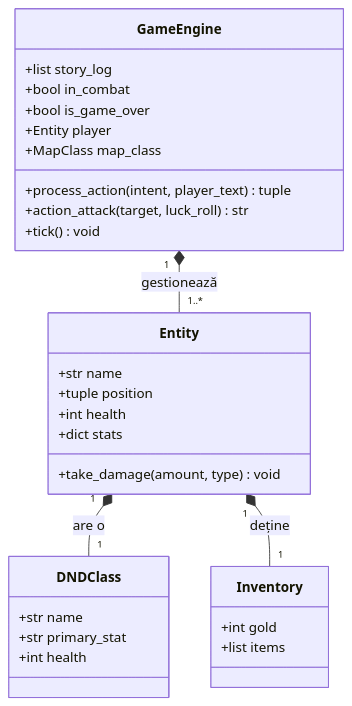
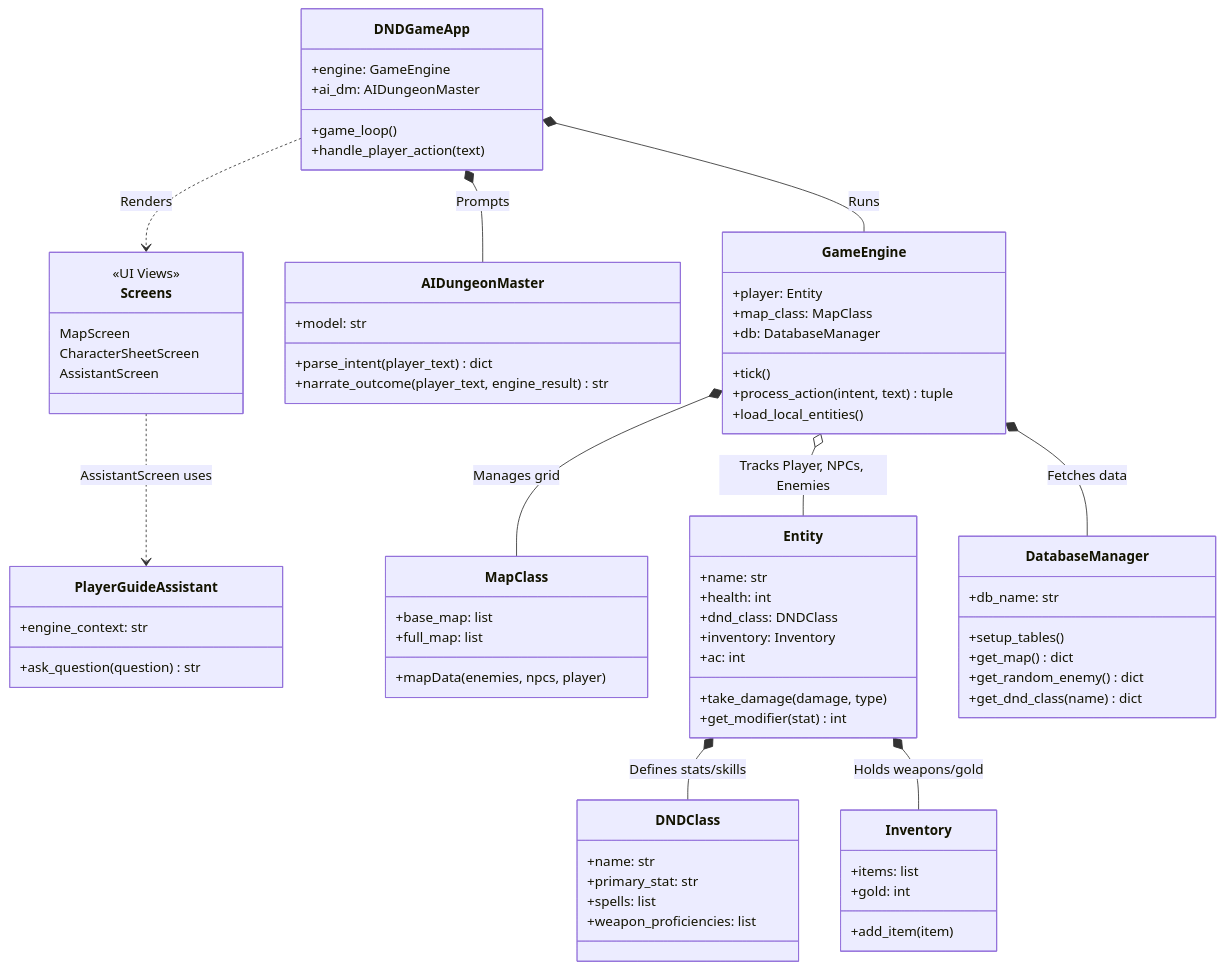
One commit to Mach3tryhard/AI-Dungeon-Master changed the second of 3 diagrams in README.md. Above: the diagram before and after it, drawn with Mermaid. The commit also changed other lines of this file, not shown here.

Commit message:
Diagrame editate sa fie corect

````diff
--- a/README.md
+++ b/README.md
@@ -74,36 +77,86 @@
 ```mermaid
 classDiagram
-class GameEngine {
-+list story_log
-+bool in_combat
-+bool is_game_over
-+Entity player
-+MapClass map_class
-+process_action(intent, player_text) tuple
-+action_attack(target, luck_roll) str
-+tick() void
-}
+    class DNDGameApp {
+        +engine: GameEngine
+        +ai_dm: AIDungeonMaster
+        +game_loop()
+        +handle_player_action(text)
+    }
 
-class Entity {
-    +str name
-    +tuple position
-    +int health
-    +dict stats
-    +take_damage(amount, type) void
-}
+    class Screens {
+        <<UI Views>>
+        MapScreen
+        CharacterSheetScreen
+        AssistantScreen
+    }
 
-class DNDClass {
-    +str name
-    +str primary_stat
-    +int health
-}
+    class AIDungeonMaster {
+        +model: str
+        +parse_intent(player_text) dict
+        +narrate_outcome(player_text, engine_result) str
+    }
 
-class Inventory {
-    +int gold
-    +list items
-}
+    class PlayerGuideAssistant {
+        +engine_context: str
+        +ask_question(question) str
+    }
 
-GameEngine "1" *-- "1..*" Entity : gestionează
-Entity "1" *-- "1" DNDClass : are o
-Entity "1" *-- "1" Inventory : deține
+    class GameEngine {
+        +player: Entity
+        +map_class: MapClass
+        +db: DatabaseManager
+        +tick()
+        +process_action(intent, text) tuple
+        +load_local_entities()
+    }
+
+    class MapClass {
+        +base_map: list
+        +full_map: list
+        +mapData(enemies, npcs, player)
+    }
+
+    class Entity {
+        +name: str
+        +health: int
+        +dnd_class: DNDClass
+        +inventory: Inventory
+        +ac: int
+        +take_damage(damage, type)
+        +get_modifier(stat) int
+    }
+
+    class DNDClass {
+        +name: str
+        +primary_stat: str
+        +spells: list
+        +weapon_proficiencies: list
+    }
+
+    class Inventory {
+        +items: list
+        +gold: int
+        +add_item(item)
+    }
+
+    class DatabaseManager {
+        +db_name: str
+        +setup_tables()
+        +get_map() dict
+        +get_random_enemy() dict
+        +get_dnd_class(name) dict
+    }
+
+    DNDGameApp *-- GameEngine : Runs
+    DNDGameApp *-- AIDungeonMaster : Prompts
+    DNDGameApp ..> Screens : Renders
+
+    Screens ..> PlayerGuideAssistant : AssistantScreen uses
+
+    GameEngine *-- DatabaseManager : Fetches data
+    GameEngine *-- MapClass : Manages grid
+    GameEngine o-- Entity : Tracks Player, NPCs, Enemies
+
+    Entity *-- DNDClass : Defines stats/skills
+    Entity *-- Inventory : Holds weapons/gold
 ```
````
